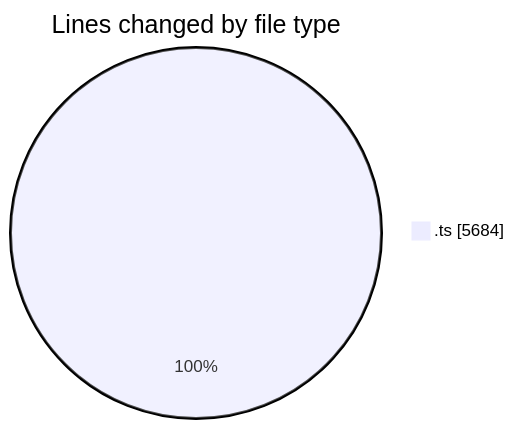
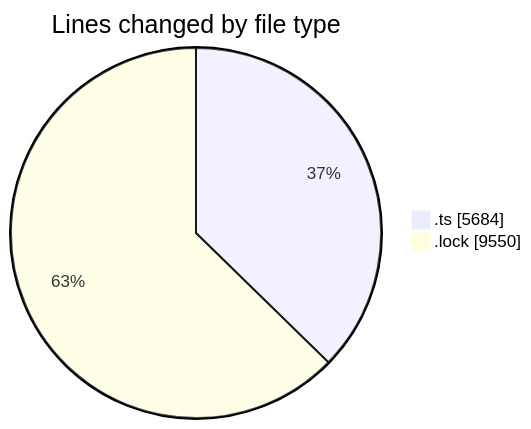
The first of 2 diagrams in 2025-10-30/cda/README.md (momahboobian/code-tracking), drawn with Mermaid before and after one commit. The commit also changed other lines of this file and 1 other file, not shown here.

````diff
--- a/2025-10-30/cda/README.md
+++ b/2025-10-30/cda/README.md
@@ -23,5 +24,6 @@
 ```mermaid
 pie showData
 title Lines changed by file type
 ".ts" : 5684
+".lock" : 9550
 ```
````
